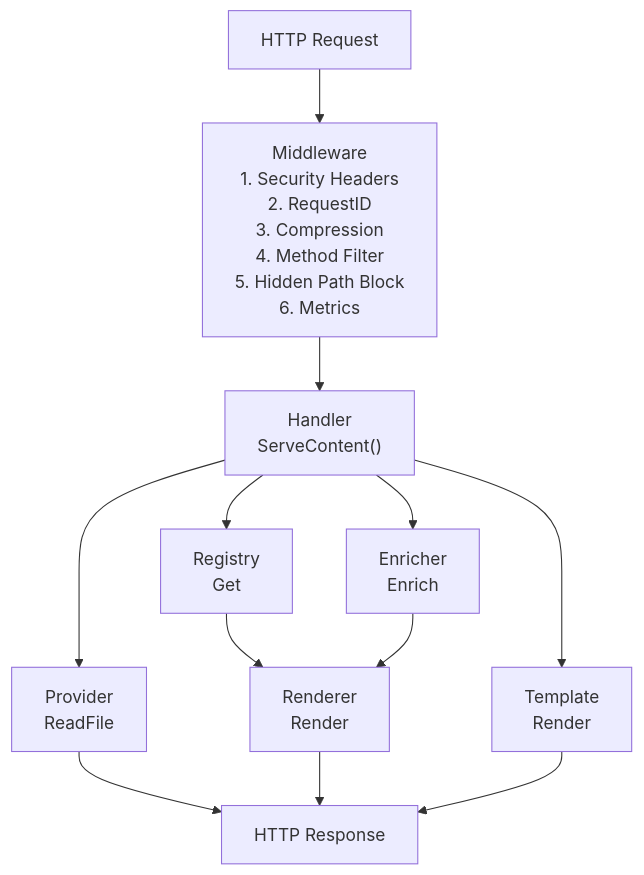
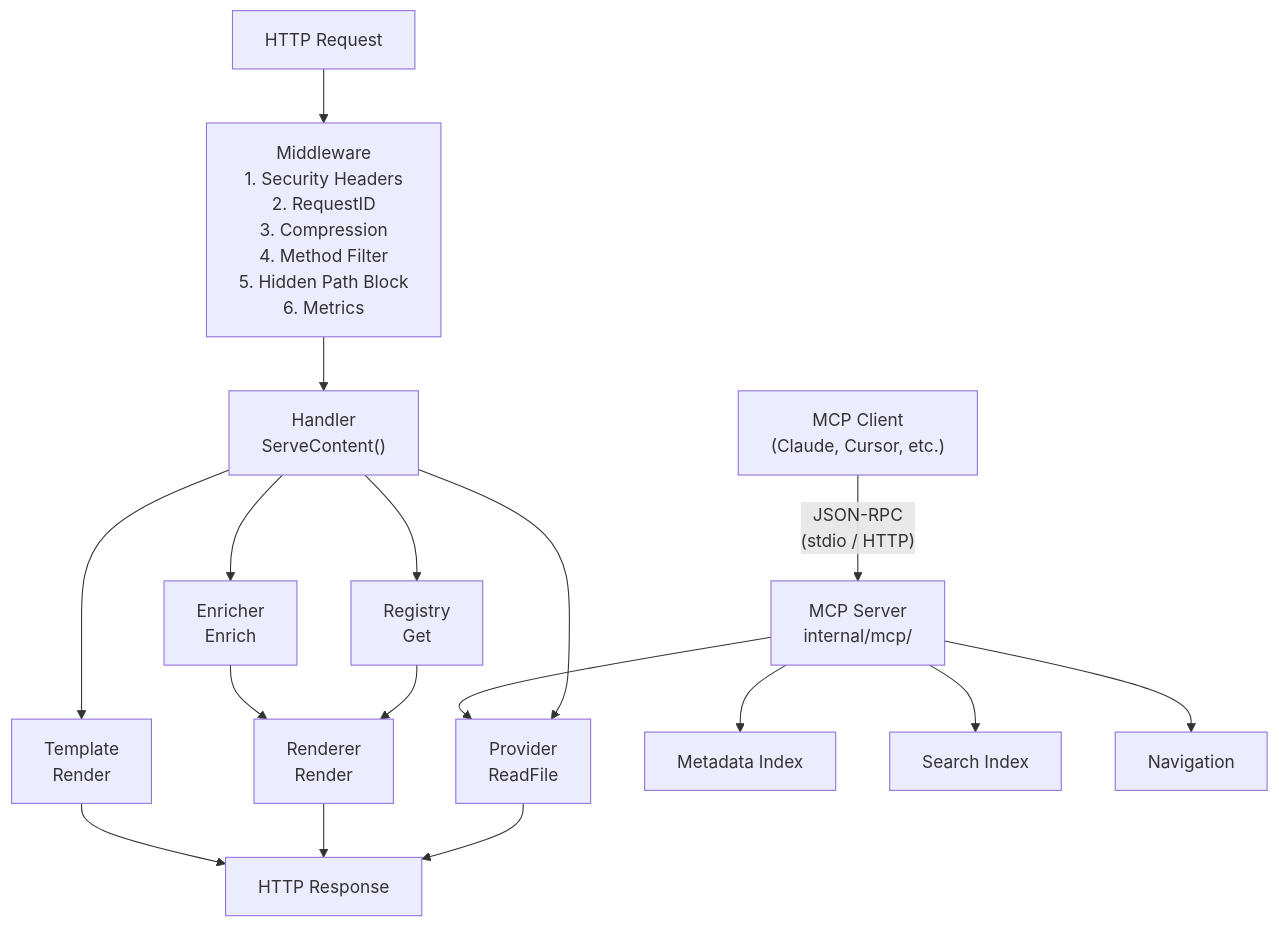
Before and after one commit to monolithiclab/gomddoc: the first of 3 diagrams in docs/architecture.md, drawn with Mermaid. The commit also changed other lines of this file and 25 other files, not shown here.

First line of the commit message:
Add MCP server for AI-native documentation access (Phase 10a)

````diff
--- a/docs/architecture.md
+++ b/docs/architecture.md
@@ -17,14 +17,20 @@
 ```mermaid
 graph TD
     A[HTTP Request] --> B["Middleware<br/>1. Security Headers<br/>2. RequestID<br/>3. Compression<br/>4. Method Filter<br/>5. Hidden Path Block<br/>6. Metrics"]
     B --> C["Handler<br/>ServeContent()"]
     C --> D["Provider<br/>ReadFile"]
     C --> EN["Enricher<br/>Enrich"]
     C --> E["Registry<br/>Get"]
     C --> F["Template<br/>Render"]
     E --> G["Renderer<br/>Render"]
     D --> H[HTTP Response]
     EN --> G
     G --> H
     F --> H
+
+    MCP["MCP Client<br/>(Claude, Cursor, etc.)"] -->|"JSON-RPC<br/>(stdio / HTTP)"| MCPS["MCP Server<br/>internal/mcp/"]
+    MCPS --> D
+    MCPS --> MI["Metadata Index"]
+    MCPS --> SI["Search Index"]
+    MCPS --> NAV["Navigation"]
 ```
````
